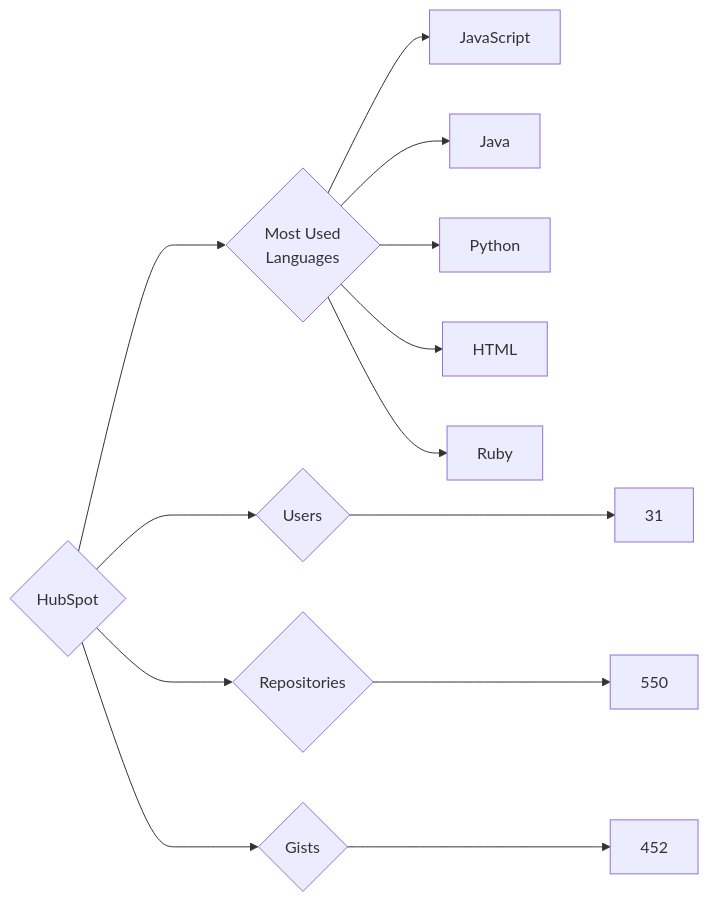
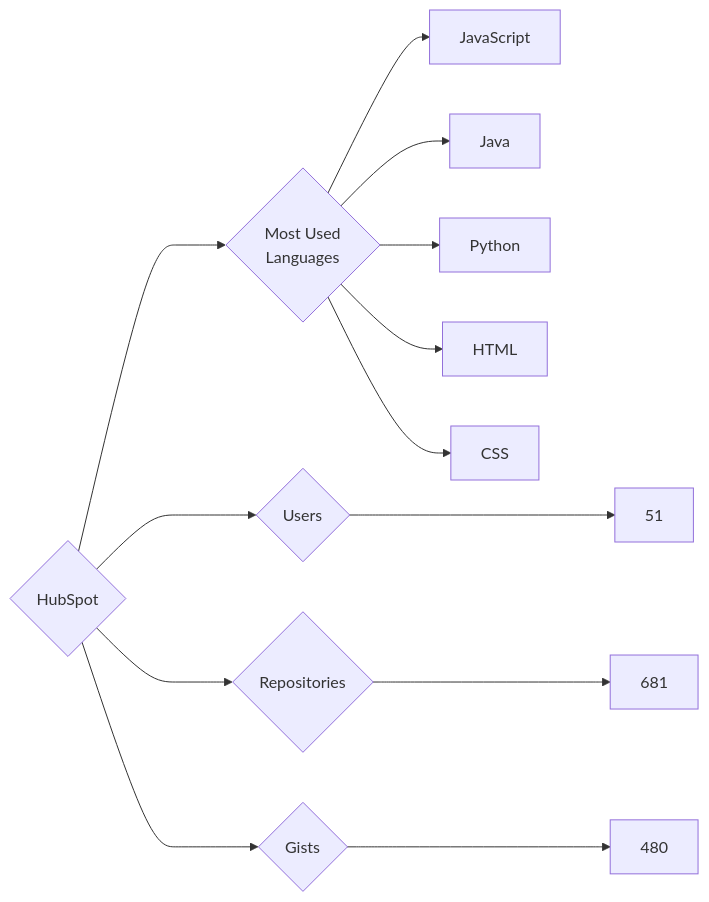
The diagram in targets/HubSpot/README.md (trickest/insiders), drawn with Mermaid before and after one commit. The commit also changed 720 other files, not shown here.

````diff
--- a/targets/HubSpot/README.md
+++ b/targets/HubSpot/README.md
@@ -3,13 +3,13 @@
 ```mermaid
 graph LR
 COMPANY_NAME{HubSpot}
-COMPANY_NAME ---> U{Users} ---> UN[31]
-COMPANY_NAME ---> R{Repositories} ---> RN[550]
-COMPANY_NAME ---> G{Gists} ---> GN[452]
+COMPANY_NAME ---> U{Users} ---> UN[51]
+COMPANY_NAME ---> R{Repositories} ---> RN[681]
+COMPANY_NAME ---> G{Gists} ---> GN[480]
 COMPANY_NAME ---> ML{Most Used<br>Languages}
 ML --> JavaScript[JavaScript]
 ML --> Java[Java]
 ML --> Python[Python]
 ML --> HTML[HTML]
-ML --> Ruby[Ruby]
+ML --> CSS[CSS]
 ```
````
